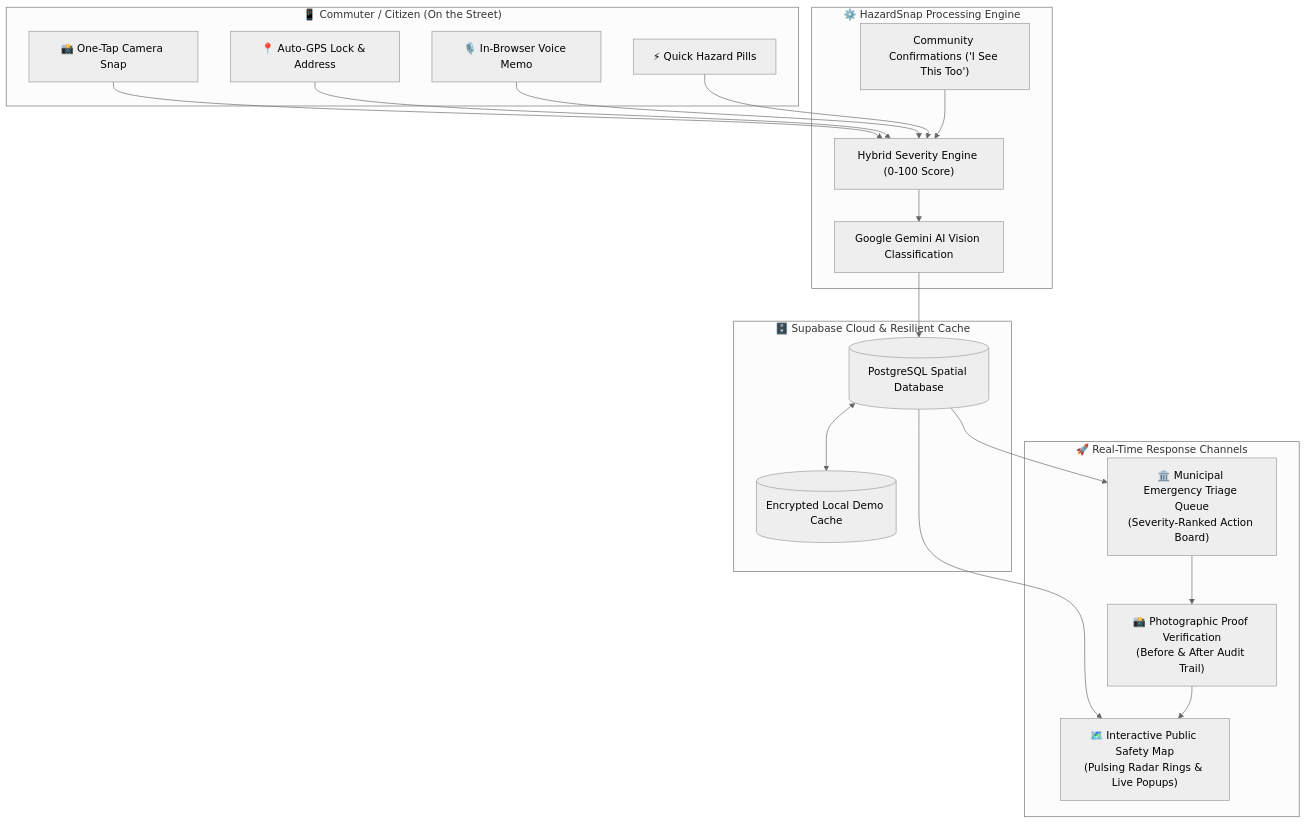
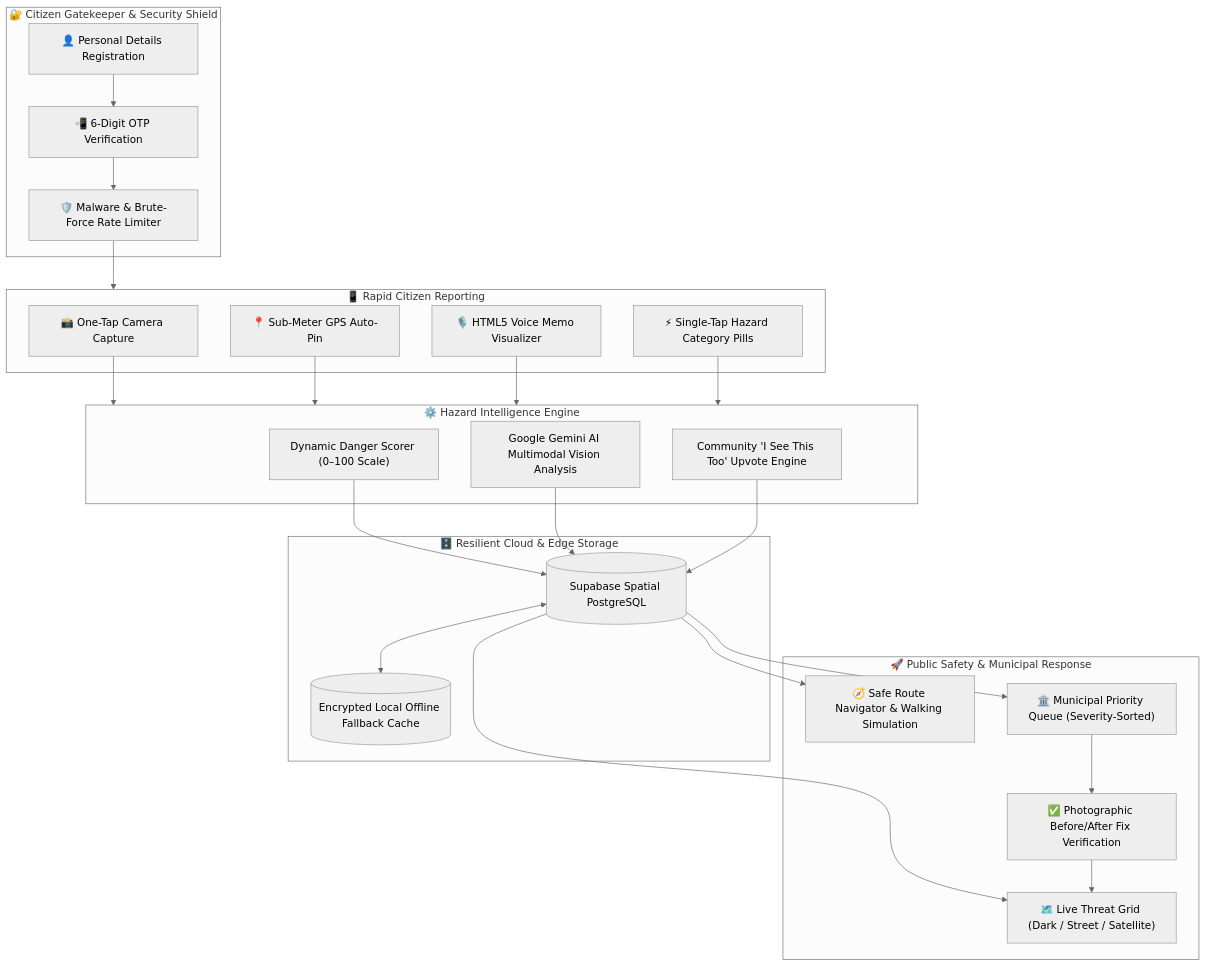
One commit to VIKAS-555/hazardsnap changed the diagram in README.md. Above: the diagram before and after it, drawn with Mermaid (neutral theme). The commit also changed other lines of this file, not shown here.

Commit message:
docs: update README with final architecture, dark UI, OTP gatekeeper, and clean map controls

````diff
--- a/README.md
+++ b/README.md
@@ -28,39 +33,43 @@
 ```mermaid
 flowchart TD
-    subgraph Citizen["📱 Commuter / Citizen (On the Street)"]
-        A["📸 One-Tap Camera Snap"]
-        B["📍 Auto-GPS Lock & Address"]
-        C["🎙️ In-Browser Voice Memo"]
-        D["⚡ Quick Hazard Pills"]
+    subgraph Gatekeeper["🔐 Citizen Gatekeeper & Security Shield"]
+        A["👤 Personal Details Registration"]
+        B["📲 6-Digit OTP Verification"]
+        C["🛡️ Malware & Brute-Force Rate Limiter"]
     end
 
-    subgraph Engine["⚙️ HazardSnap Processing Engine"]
-        E["Hybrid Severity Engine (0-100 Score)"]
-        F["Google Gemini AI Vision Classification"]
-        G["Community Confirmations ('I See This Too')"]
+    subgraph FieldLogger["📱 Rapid Citizen Reporting"]
+        D["📸 One-Tap Camera Capture"]
+        E["📍 Sub-Meter GPS Auto-Pin"]
+        F["🎙️ HTML5 Voice Memo Visualizer"]
+        G["⚡ Single-Tap Hazard Category Pills"]
     end
 
-    subgraph Data["🗄️ Supabase Cloud & Resilient Cache"]
-        H[("PostgreSQL Spatial Database")]
-        I[("Encrypted Local Demo Cache")]
+    subgraph CoreEngine["⚙️ Hazard Intelligence Engine"]
+        H["Dynamic Danger Scorer (0–100 Scale)"]
+        I["Google Gemini AI Multimodal Vision Analysis"]
+        J["Community 'I See This Too' Upvote Engine"]
     end
 
-    subgraph Outputs["🚀 Real-Time Response Channels"]
-        J["🗺️ Interactive Public Safety Map<br/>(Pulsing Radar Rings & Live Popups)"]
-        K["🏛️ Municipal Emergency Triage Queue<br/>(Severity-Ranked Action Board)"]
-        L["📸 Photographic Proof Verification<br/>(Before & After Audit Trail)"]
+    subgraph DataTier["🗄️ Resilient Cloud & Edge Storage"]
+        K[("Supabase Spatial PostgreSQL")]
+        L[("Encrypted Local Offline Fallback Cache")]
     end
 
-    A --> E
-    B --> E
-    C --> E
-    D --> E
-    E --> F
-    F --> H
-    H <--> I
-    H --> J
-    H --> K
-    G --> E
-    K --> L
-    L --> J
+    subgraph ResponseHub["🚀 Public Safety & Municipal Response"]
+        M["🗺️ Live Threat Grid (Dark / Street / Satellite)"]
+        N["🧭 Safe Route Navigator & Walking Simulation"]
+        O["🏛️ Municipal Priority Queue (Severity-Sorted)"]
+        P["✅ Photographic Before/After Fix Verification"]
+    end
+
+    A --> B --> C --> FieldLogger
+    D & E & F & G --> CoreEngine
+    H & I & J --> K
+    K <--> L
+    K --> M
+    K --> N
+    K --> O
+    O --> P
+    P --> M
 ```
````
